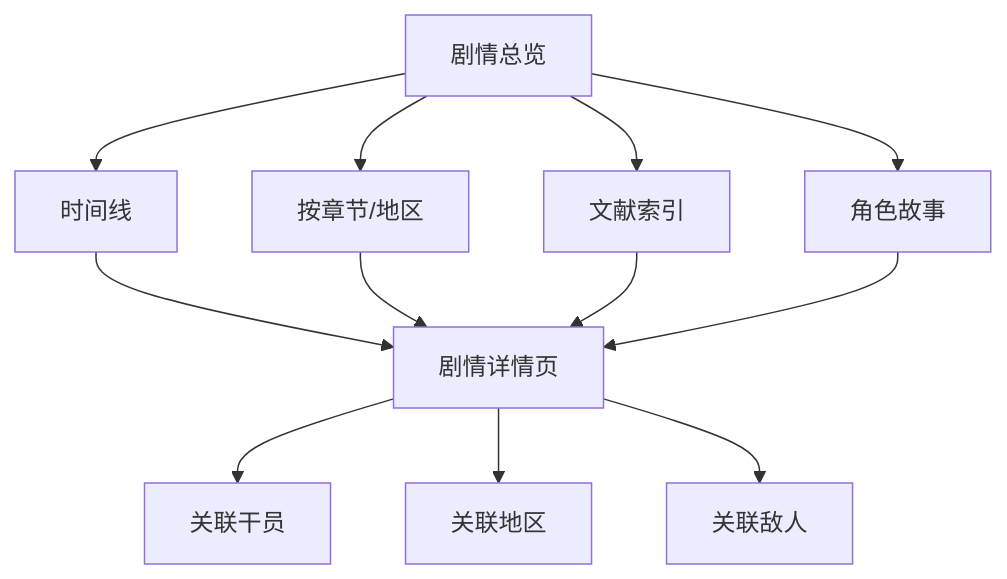
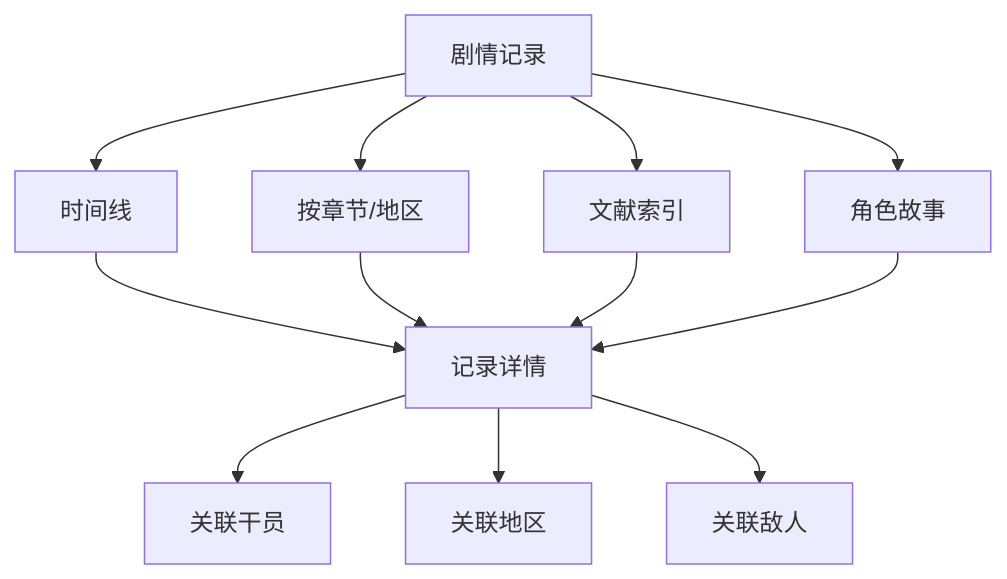
One commit to Deliay/hongshan-archives-bureau changed the diagram in docs/product/11-story-archive.md. Above: the diagram before and after it, drawn with Mermaid. The commit also changed other lines of this file and 11 other files, not shown here.

````diff
--- a/docs/product/11-story-archive.md
+++ b/docs/product/11-story-archive.md
@@ -35,14 +35,14 @@
 ```mermaid
 flowchart TD
-    A[剧情总览] --> B[时间线]
+    A[剧情记录] --> B[时间线]
     A --> C[按章节/地区]
     A --> D[文献索引]
     A --> E[角色故事]
-    B --> F[剧情详情页]
+    B --> F[记录详情]
     C --> F
     D --> F
     E --> F
     F --> G[关联干员]
     F --> H[关联地区]
     F --> I[关联敌人]
 ```
````
